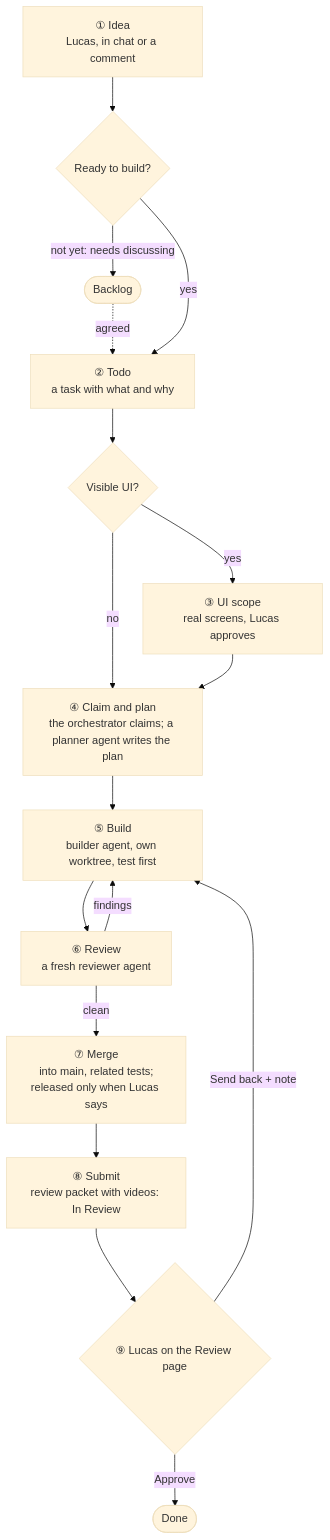
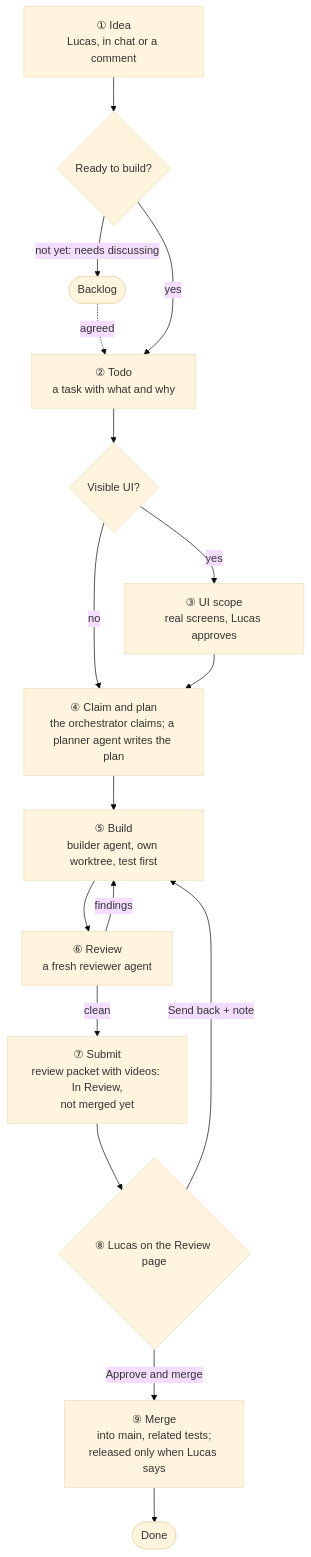
Before and after one commit to lnmunhoz/cello: the first of 5 diagrams in docs/feature-lifecycle.md, drawn with Mermaid (base theme). The commit also changed other lines of this file and 3 other files, not shown here.

Commit message:
docs(agents): Cello merges only after Lucas approves; the flow follows the Merge after I approve setting (CEL-161)

````diff
--- a/docs/feature-lifecycle.md
+++ b/docs/feature-lifecycle.md
@@ -10,19 +10,19 @@
 ```mermaid
 flowchart TD
     A["① Idea<br/>Lucas, in chat or a comment"] --> B{"Ready to build?"}
     B -->|"not yet: needs discussing"| BL(["Backlog"])
     BL -.->|"agreed"| T
     B -->|yes| T["② Todo<br/>a task with what and why"]
     T --> S{"Visible UI?"}
     S -->|yes| SC["③ UI scope<br/>real screens, Lucas approves"]
     S -->|no| C
     SC --> C["④ Claim and plan<br/>the orchestrator claims; a planner agent writes the plan"]
     C --> BU["⑤ Build<br/>builder agent, own worktree, test first"]
     BU --> RV["⑥ Review<br/>a fresh reviewer agent"]
     RV -->|findings| BU
-    RV -->|clean| M["⑦ Merge<br/>into main, related tests;<br/>released only when Lucas says"]
-    M --> P["⑧ Submit<br/>review packet with videos: In Review"]
-    P --> L{"⑨ Lucas on the Review page"}
-    L -->|Approve| D(["Done"])
+    RV -->|clean| P["⑦ Submit<br/>review packet with videos: In Review,<br/>not merged yet"]
+    P --> L{"⑧ Lucas on the Review page"}
+    L -->|"Approve and merge"| M["⑨ Merge<br/>into main, related tests;<br/>released only when Lucas says"]
+    M --> D(["Done"])
     L -->|"Send back + note"| BU
 ```
````
